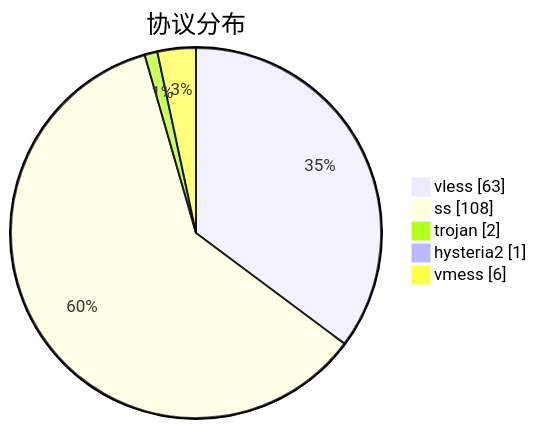
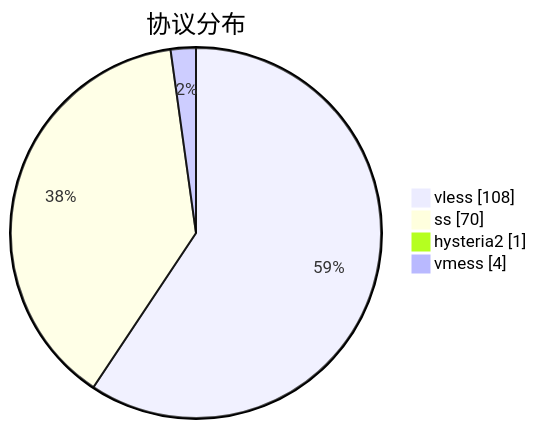
The third of 3 diagrams in subs/statistics/tested_within.md (qjlxg/airport), drawn with Mermaid before and after one commit. The commit also changed other lines of this file and 2 other files, not shown here.

````diff
--- a/subs/statistics/tested_within.md
+++ b/subs/statistics/tested_within.md
@@ -25,9 +23,8 @@
 ```mermaid
 pie showData
 title 协议分布
-"vless" : 63
-"ss" : 108
-"trojan" : 2
+"vless" : 108
+"ss" : 70
 "hysteria2" : 1
-"vmess" : 6
+"vmess" : 4
 ```
````
